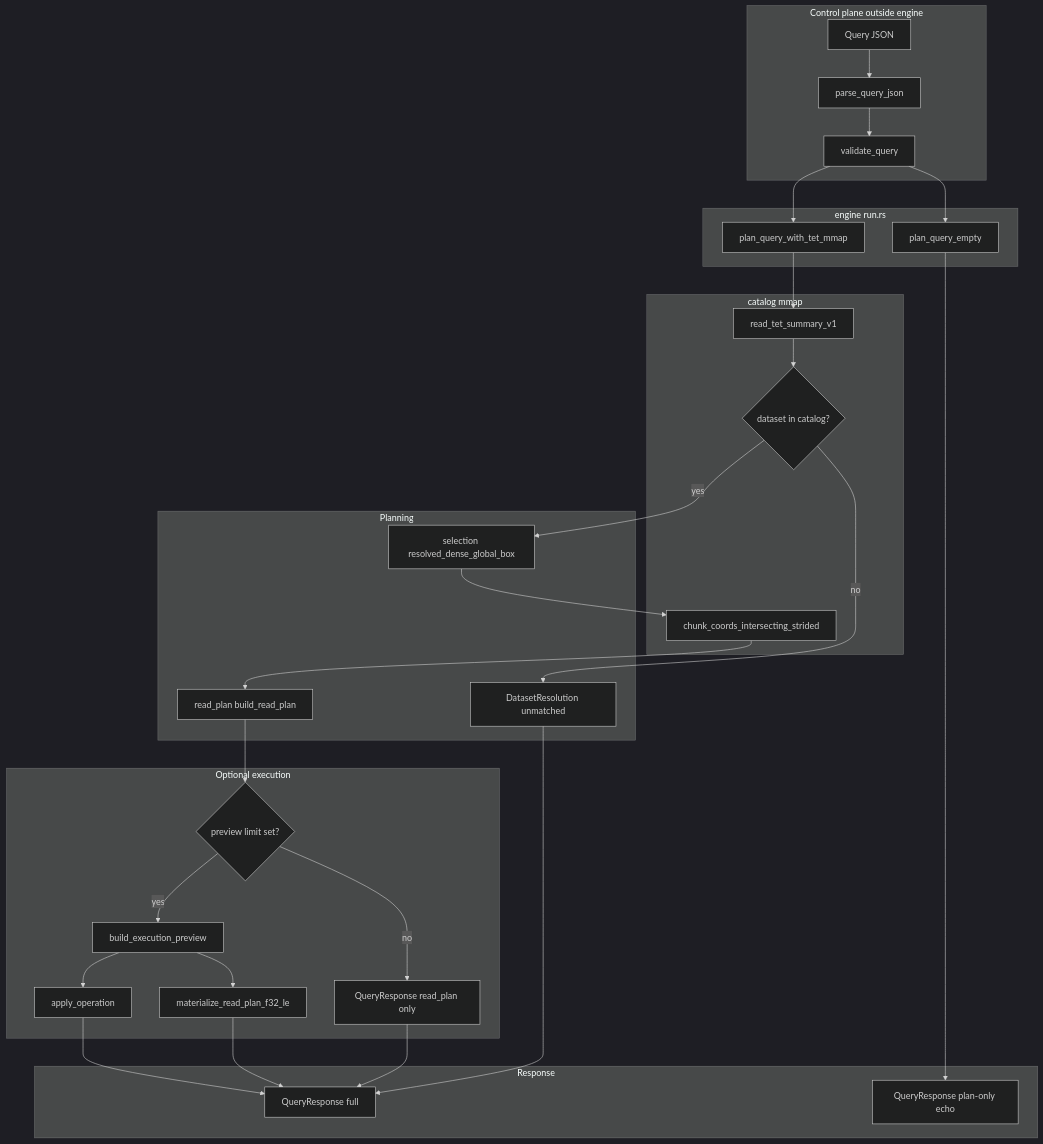
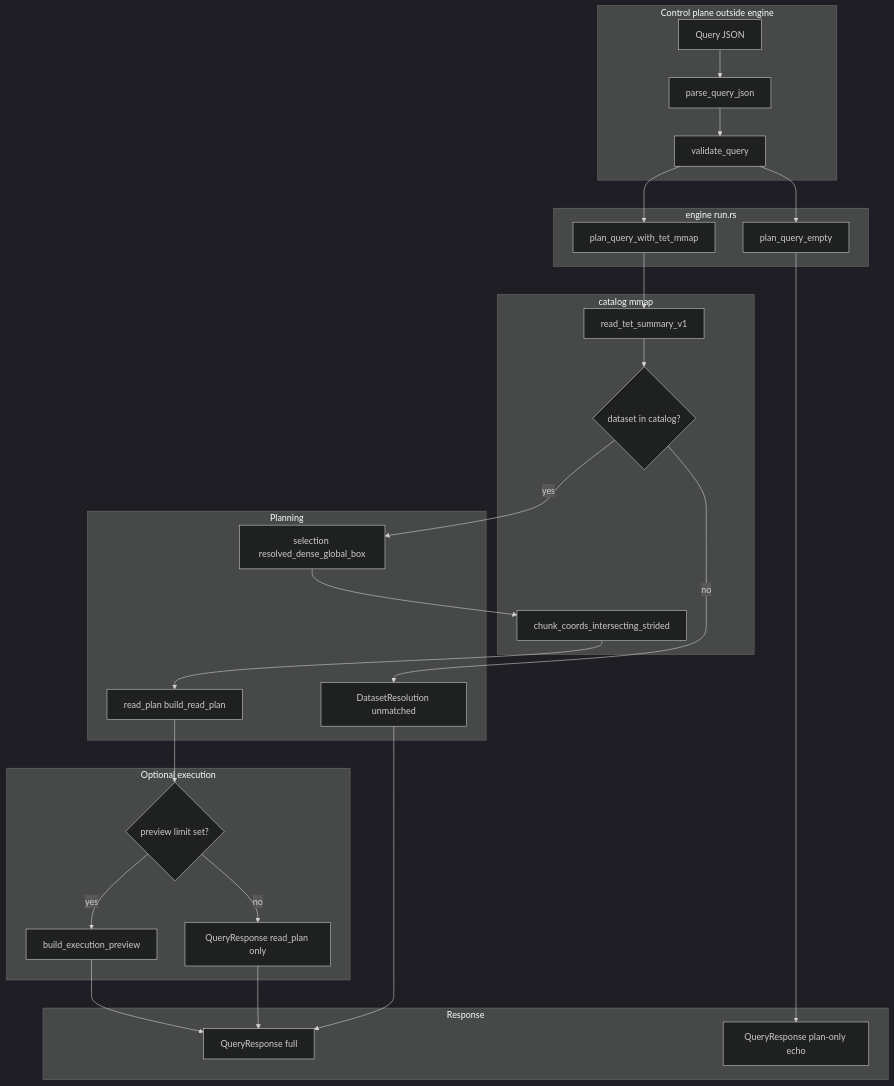
One commit to thicclatka/tetration changed the first of 2 diagrams in docs/query_engine.md. Above: the diagram before and after it, drawn with Mermaid (dark theme). The commit also changed other lines of this file and 13 other files, not shown here.

````diff
--- a/docs/query_engine.md
+++ b/docs/query_engine.md
@@ -9,51 +9,46 @@
 ```mermaid
 flowchart TD
     subgraph control["Control plane outside engine"]
         JSON["Query JSON"]
         Parse["parse_query_json"]
         Validate["validate_query"]
         JSON --> Parse --> Validate
     end
 
     subgraph entry["engine run.rs"]
         PQ["plan_query_empty"]
         PQM["plan_query_with_tet_mmap"]
         Validate --> PQ
         Validate --> PQM
     end
 
     subgraph catalog_mmap["catalog mmap"]
         Summary["read_tet_summary_v1"]
         Match{"dataset in catalog?"}
         Chunks["chunk_coords_intersecting_strided"]
     end
 
     subgraph planning["Planning"]
         Sel["selection resolved_dense_global_box"]
         RP["read_plan build_read_plan"]
         PQM --> Summary --> Match
         Match -->|no| Unmatched["DatasetResolution unmatched"]
         Match -->|yes| Sel --> Chunks --> RP
     end
 
     subgraph exec["Optional execution"]
         Gate{"preview limit set?"}
         BEP["build_execution_preview"]
-        Mat["materialize_read_plan_f32_le"]
-        Op["apply_operation"]
         RP --> Gate
         Gate -->|no| RespPlan["QueryResponse read_plan only"]
         Gate -->|yes| BEP
-        BEP --> Mat
-        BEP --> Op
     end
 
     subgraph out["Response"]
         RespFull["QueryResponse full"]
         Unmatched --> RespFull
         RespPlan --> RespFull
-        Mat --> RespFull
-        Op --> RespFull
+        BEP --> RespFull
         PQ --> Echo["QueryResponse plan-only echo"]
     end
 ```
````
